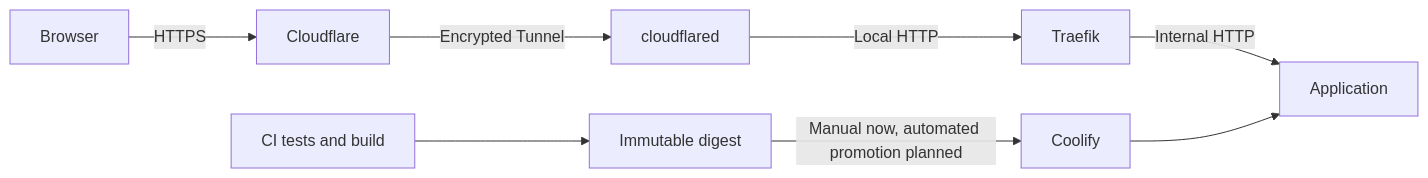
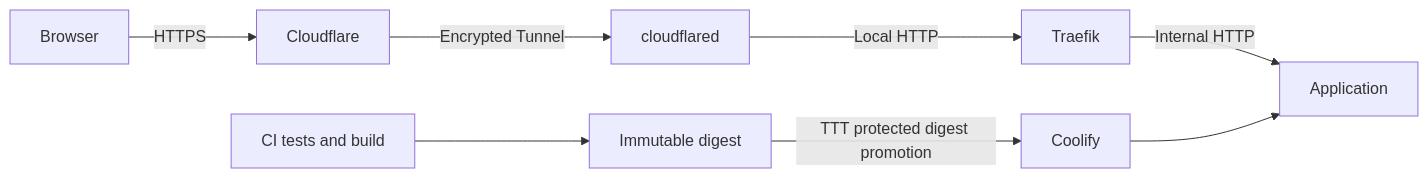
The diagram in docs/implementation-plan.md (SzczepanGrela/grela-dev-roadmap), drawn with Mermaid before and after one commit. The commit also changed other lines of this file and 23 other files, not shown here.

Commit message:
Reconcile roadmap with accepted delivery and remaining work (#3)

````diff
--- a/docs/implementation-plan.md
+++ b/docs/implementation-plan.md
@@ -19,10 +37,10 @@
 ```mermaid
 flowchart LR
     Browser -->|HTTPS| CF[Cloudflare]
     CF -->|Encrypted Tunnel| Connector[cloudflared]
     Connector -->|Local HTTP| Proxy[Traefik]
     Proxy -->|Internal HTTP| App[Application]
     CI[CI tests and build] --> GHCR[Immutable digest]
-    GHCR -->|Manual now, automated promotion planned| Coolify
+    GHCR -->|TTT protected digest promotion| Coolify
     Coolify --> App
 ```
````
